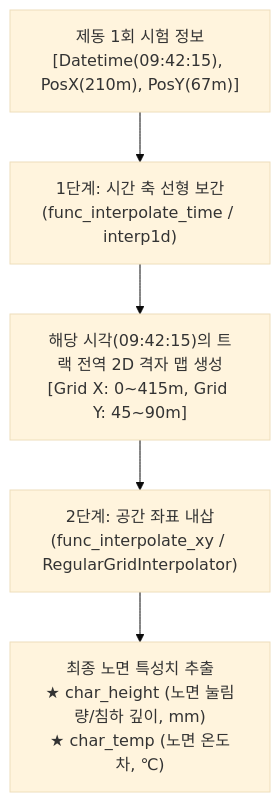
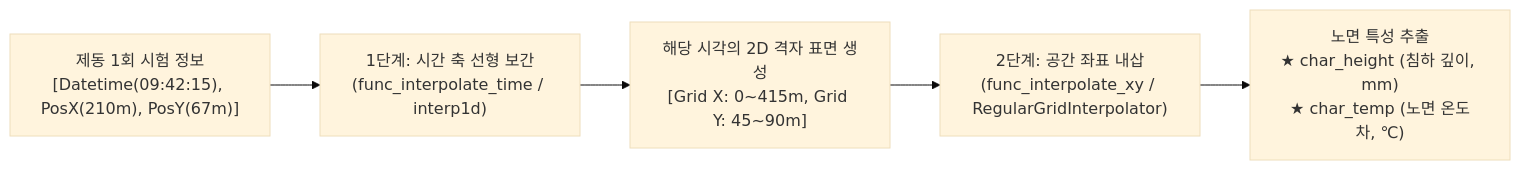
One commit to uunnooo/00_obsidian changed the second of 3 diagrams in 00_Inbox/스노우_노면_디지털트윈_및_제동성능_보정_위키.md. Above: the diagram before and after it, drawn with Mermaid (base theme). The commit also changed other lines of this file and 7 other files, not shown here.

````diff
--- a/00_Inbox/스노우_노면_디지털트윈_및_제동성능_보정_위키.md
+++ b/00_Inbox/스노우_노면_디지털트윈_및_제동성능_보정_위키.md
@@ -59,7 +137,7 @@
 ```mermaid
-flowchart TD
+flowchart LR
     A["제동 1회 시험 정보<br>[Datetime(09:42:15), PosX(210m), PosY(67m)]"] --> B["1단계: 시간 축 선형 보간<br>(func_interpolate_time / interp1d)"]
-    B --> C["해당 시각(09:42:15)의 트랙 전역 2D 격자 맵 생성<br>[Grid X: 0~415m, Grid Y: 45~90m]"]
+    B --> C["해당 시각의 2D 격자 표면 생성<br>[Grid X: 0~415m, Grid Y: 45~90m]"]
     C --> D["2단계: 공간 좌표 내삽<br>(func_interpolate_xy / RegularGridInterpolator)"]
-    D --> E["최종 노면 특성치 추출<br>★ char_height (노면 눌림량/침하 깊이, mm)<br>★ char_temp (노면 온도차, ℃)"]
+    D --> E["노면 특성 추출<br>★ char_height (침하 깊이, mm)<br>★ char_temp (노면 온도차, ℃)"]
 ```
````
